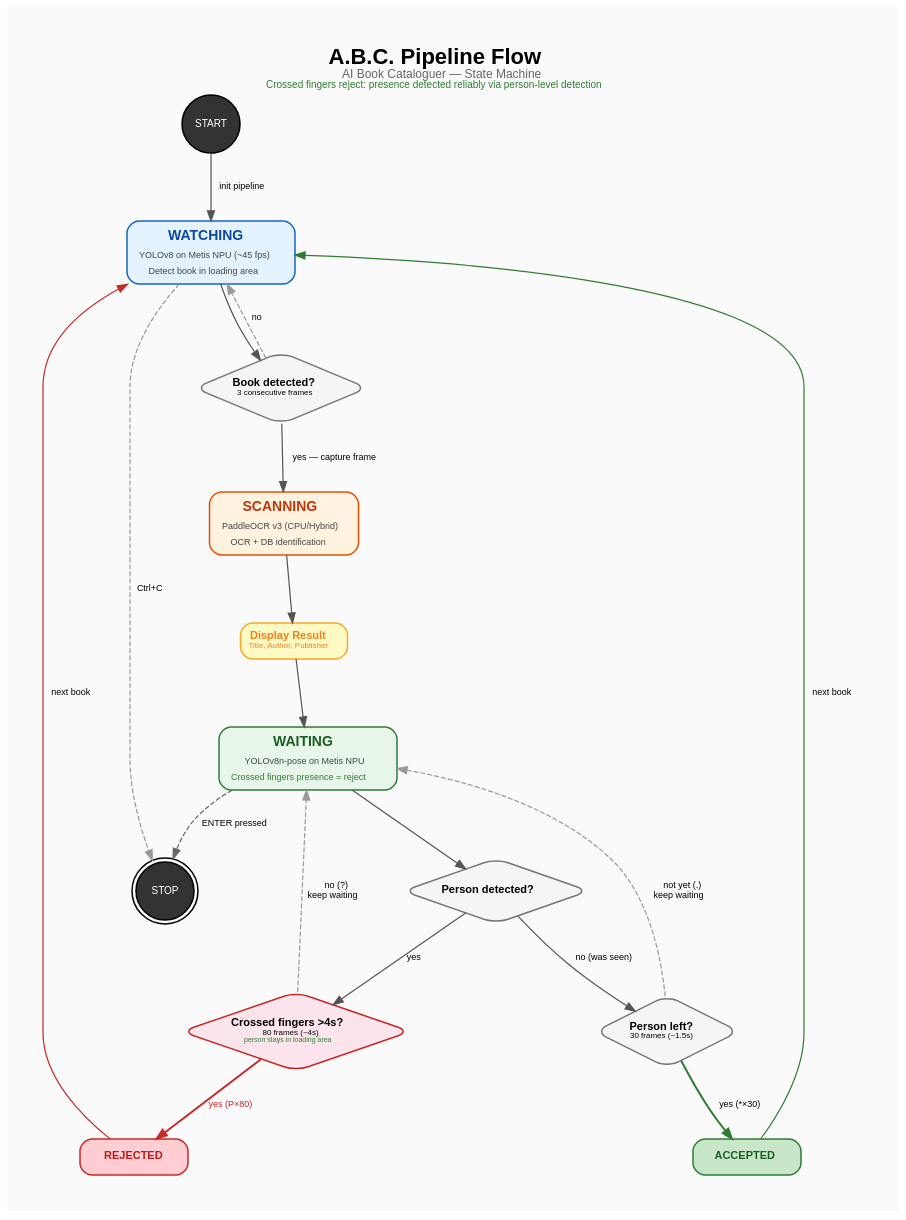
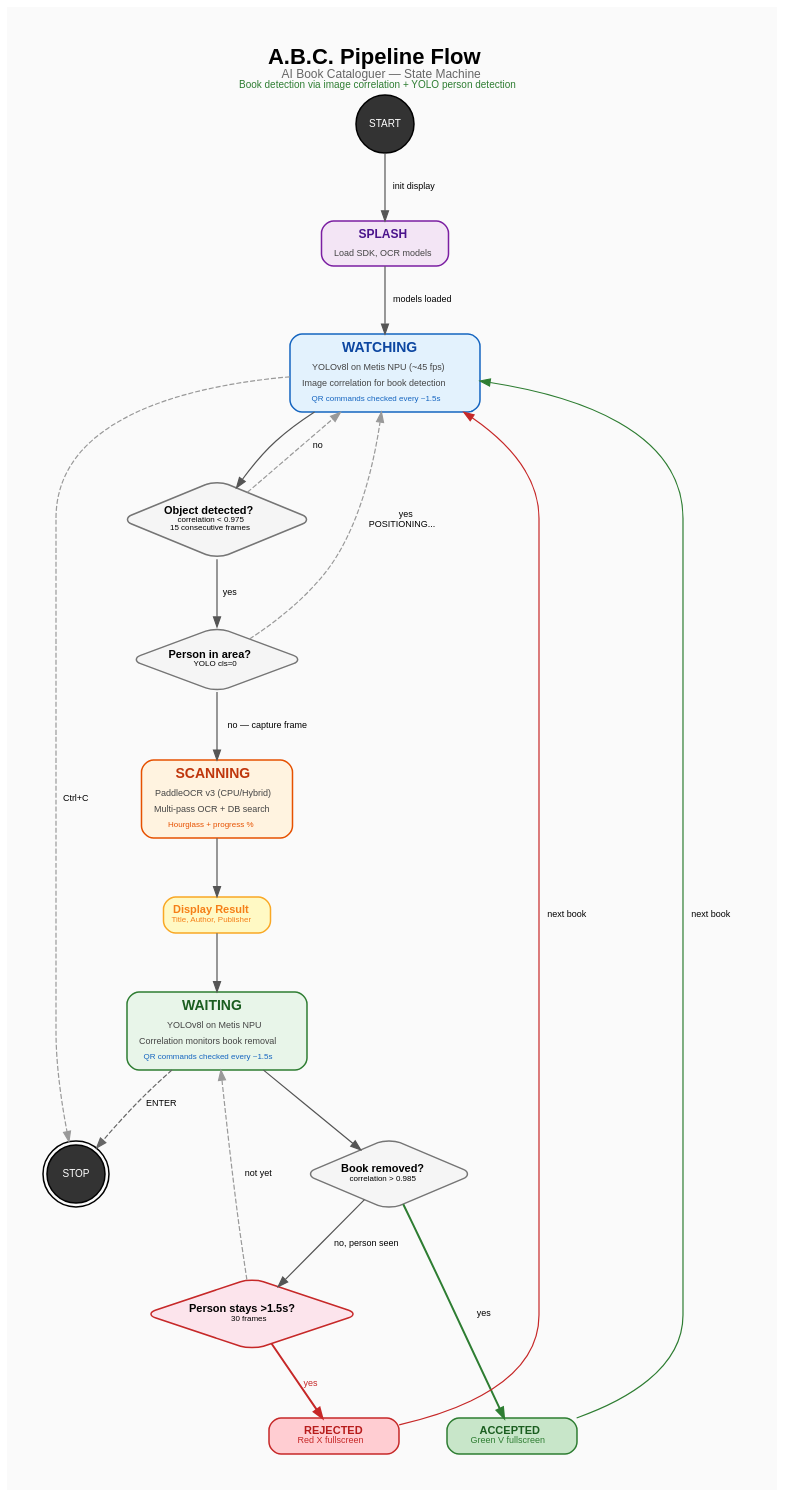
Before and after one commit to denovo-it/abc: the diagram in software/doc/flow/pipeline_flow.dot, drawn with Graphviz. The commit also changed 2 other files, not shown here.

Commit message:
Update pipeline flow docs to reflect current architecture
- Book detection via image correlation (not YOLO cls=73)
- Person check before scan trigger (POSITIONING state)
- QR commands in WATCHING and WAITING
- Splash startup sequence
- Accept/reject visual feedback (green V / red X)
- Correlation-based book removal detection

```diff
--- a/software/doc/flow/pipeline_flow.dot
+++ b/software/doc/flow/pipeline_flow.dot
@@ -1,139 +1,144 @@
 digraph ABCPipeline {
     // Graph settings
     rankdir=TB;
     bgcolor="#FAFAFA";
     fontname="Helvetica";
-    label=<<B><FONT POINT-SIZE="22">A.B.C. Pipeline Flow</FONT></B><BR/><FONT POINT-SIZE="12" COLOR="#666666">AI Book Cataloguer — State Machine</FONT><BR/><FONT POINT-SIZE="10" COLOR="#2E7D32">Crossed fingers reject: presence detected reliably via person-level detection</FONT>>;
+    label=<<B><FONT POINT-SIZE="22">A.B.C. Pipeline Flow</FONT></B><BR/><FONT POINT-SIZE="12" COLOR="#666666">AI Book Cataloguer — State Machine</FONT><BR/><FONT POINT-SIZE="10" COLOR="#2E7D32">Book detection via image correlation + YOLO person detection</FONT>>;
     labelloc=t;
     labeljust=c;
     pad=0.5;
     nodesep=0.6;
     ranksep=0.8;
 
     // Default node style
     node [fontname="Helvetica", fontsize=11, style="filled,rounded", shape=box, penwidth=1.5];
     edge [fontname="Helvetica", fontsize=9, color="#555555", penwidth=1.2];
 
     // Start/End
     start [label="START", shape=circle, width=0.8, fixedsize=true,
            fillcolor="#333333", fontcolor="white", fontsize=10];
     stop  [label="STOP",  shape=doublecircle, width=0.8, fixedsize=true,
            fillcolor="#333333", fontcolor="white", fontsize=10];
 
+    // === SPLASH ===
+    splash [
+        label=<<TABLE BORDER="0" CELLBORDER="0" CELLSPACING="2">
+            <TR><TD><B><FONT POINT-SIZE="12">SPLASH</FONT></B></TD></TR>
+            <TR><TD><FONT POINT-SIZE="9" COLOR="#444444">Load SDK, OCR models</FONT></TD></TR>
+        </TABLE>>,
+        fillcolor="#F3E5F5", color="#7B1FA2", fontcolor="#4A148C"
+    ];
+
     // === STATE: WATCHING ===
     watching [
         label=<<TABLE BORDER="0" CELLBORDER="0" CELLSPACING="2">
             <TR><TD><B><FONT POINT-SIZE="14">WATCHING</FONT></B></TD></TR>
-            <TR><TD><FONT POINT-SIZE="9" COLOR="#444444">YOLOv8 on Metis NPU (~45 fps)</FONT></TD></TR>
-            <TR><TD><FONT POINT-SIZE="9" COLOR="#444444">Detect book in loading area</FONT></TD></TR>
+            <TR><TD><FONT POINT-SIZE="9" COLOR="#444444">YOLOv8l on Metis NPU (~45 fps)</FONT></TD></TR>
+            <TR><TD><FONT POINT-SIZE="9" COLOR="#444444">Image correlation for book detection</FONT></TD></TR>
+            <TR><TD><FONT POINT-SIZE="8" COLOR="#1565C0">QR commands checked every ~1.5s</FONT></TD></TR>
         </TABLE>>,
         fillcolor="#E3F2FD", color="#1565C0", fontcolor="#0D47A1"
     ];
 
     // === STATE: SCANNING ===
     scanning [
         label=<<TABLE BORDER="0" CELLBORDER="0" CELLSPACING="2">
             <TR><TD><B><FONT POINT-SIZE="14">SCANNING</FONT></B></TD></TR>
             <TR><TD><FONT POINT-SIZE="9" COLOR="#444444">PaddleOCR v3 (CPU/Hybrid)</FONT></TD></TR>
-            <TR><TD><FONT POINT-SIZE="9" COLOR="#444444">OCR + DB identification</FONT></TD></TR>
+            <TR><TD><FONT POINT-SIZE="9" COLOR="#444444">Multi-pass OCR + DB search</FONT></TD></TR>
+            <TR><TD><FONT POINT-SIZE="8" COLOR="#E65100">Hourglass + progress %</FONT></TD></TR>
         </TABLE>>,
         fillcolor="#FFF3E0", color="#E65100", fontcolor="#BF360C"
     ];
 
     // === STATE: WAITING ===
     waiting [
         label=<<TABLE BORDER="0" CELLBORDER="0" CELLSPACING="2">
             <TR><TD><B><FONT POINT-SIZE="14">WAITING</FONT></B></TD></TR>
-            <TR><TD><FONT POINT-SIZE="9" COLOR="#444444">YOLOv8n-pose on Metis NPU</FONT></TD></TR>
-            <TR><TD><FONT POINT-SIZE="9" COLOR="#2E7D32">Crossed fingers presence = reject</FONT></TD></TR>
+            <TR><TD><FONT POINT-SIZE="9" COLOR="#444444">YOLOv8l on Metis NPU</FONT></TD></TR>
+            <TR><TD><FONT POINT-SIZE="9" COLOR="#444444">Correlation monitors book removal</FONT></TD></TR>
+            <TR><TD><FONT POINT-SIZE="8" COLOR="#1565C0">QR commands checked every ~1.5s</FONT></TD></TR>
         </TABLE>>,
         fillcolor="#E8F5E9", color="#2E7D32", fontcolor="#1B5E20"
     ];
 
     // Decision nodes
     book_detected [
-        label=<<B>Book detected?</B><BR/><FONT POINT-SIZE="8">3 consecutive frames</FONT>>,
+        label=<<B>Object detected?</B><BR/><FONT POINT-SIZE="8">correlation &lt; 0.975</FONT><BR/><FONT POINT-SIZE="8">15 consecutive frames</FONT>>,
         shape=diamond, fillcolor="#F5F5F5", color="#757575",
-        height=1.0, width=2.2
+        height=1.1, width=2.4
+    ];
+
+    person_check [
+        label=<<B>Person in area?</B><BR/><FONT POINT-SIZE="8">YOLO cls=0</FONT>>,
+        shape=diamond, fillcolor="#F5F5F5", color="#757575",
+        height=0.9, width=2.0
     ];
 
     display_result [
         label=<<B>Display Result</B><BR/><FONT POINT-SIZE="8">Title, Author, Publisher</FONT>>,
         fillcolor="#FFF9C4", color="#F9A825", fontcolor="#F57F17",
         shape=box
     ];
 
-    person_check [
-        label=<<B>Person detected?</B>>,
-        shape=diamond, fillcolor="#F5F5F5", color="#757575",
-        height=0.9, width=2.0
-    ];
-
-    gesture_check [
-        label=<<B>Crossed fingers &gt;4s?</B><BR/><FONT POINT-SIZE="8">80 frames (~4s)</FONT><BR/><FONT POINT-SIZE="7" COLOR="#2E7D32">person stays in loading area</FONT>>,
-        shape=diamond, fillcolor="#FCE4EC", color="#C62828",
-        height=1.1, width=2.4
-    ];
-
-    person_left [
-        label=<<B>Person left?</B><BR/><FONT POINT-SIZE="8">30 frames (~1.5s)</FONT>>,
+    removal_check [
+        label=<<B>Book removed?</B><BR/><FONT POINT-SIZE="8">correlation &gt; 0.985</FONT>>,
         shape=diamond, fillcolor="#F5F5F5", color="#757575",
         height=1.0, width=2.0
     ];
 
+    reject_check [
+        label=<<B>Person stays &gt;1.5s?</B><BR/><FONT POINT-SIZE="8">30 frames</FONT>>,
+        shape=diamond, fillcolor="#FCE4EC", color="#C62828",
+        height=1.0, width=2.2
+    ];
+
     // Result nodes
     accepted [
-        label=<<B>ACCEPTED</B>>,
+        label=<<B>ACCEPTED</B><BR/><FONT POINT-SIZE="9" COLOR="#2E7D32">Green V fullscreen</FONT>>,
         fillcolor="#C8E6C9", color="#2E7D32", fontcolor="#1B5E20",
-        shape=box, width=1.5
+        shape=box, width=1.8
     ];
 
     rejected [
-        label=<<B>REJECTED</B>>,
+        label=<<B>REJECTED</B><BR/><FONT POINT-SIZE="9" COLOR="#C62828">Red X fullscreen</FONT>>,
         fillcolor="#FFCDD2", color="#C62828", fontcolor="#B71C1C",
-        shape=box, width=1.5
+        shape=box, width=1.8
     ];
 
     // === EDGES ===
 
-    // Start -> Watching
-    start -> watching [label="  init pipeline"];
+    start -> splash [label="  init display"];
+    splash -> watching [label="  models loaded"];
 
     // Watching loop
     watching -> book_detected;
+    book_detected -> person_check [label="  yes  "];
     book_detected -> watching [label="  no  ", style=dashed, color="#999999"];
-    book_detected -> scanning [label="  yes — capture frame  "];
+
+    person_check -> watching [label="  yes\nPOSITIONING...  ", style=dashed, color="#999999"];
+    person_check -> scanning [label="  no — capture frame  "];
 
     // Scanning -> Display -> Waiting
     scanning -> display_result;
     display_result -> waiting;
 
     // Waiting logic
-    waiting -> person_check;
-
-    // Person detected -> gesture check
-    person_check -> gesture_check [label="  yes  "];
-    person_check -> person_left [label="  no (was seen)  "];
-
-    // Gesture outcomes
-    gesture_check -> rejected [label=<<FONT COLOR="#C62828">  yes (P×80)  </FONT>>,
-                               color="#C62828", penwidth=2.0];
-    gesture_check -> waiting [label="  no (?)\nkeep waiting  ", style=dashed, color="#999999"];
-
-    // Person left check
-    person_left -> accepted [label="  yes (*×30)  ", color="#2E7D32", penwidth=2.0];
-    person_left -> waiting [label="  not yet (.)\nkeep waiting  ", style=dashed, color="#999999"];
+    waiting -> removal_check;
+    removal_check -> accepted [label="  yes  ", color="#2E7D32", penwidth=2.0];
+    removal_check -> reject_check [label="  no, person seen  "];
+    reject_check -> rejected [label=<<FONT COLOR="#C62828">  yes  </FONT>>,
+                              color="#C62828", penwidth=2.0];
+    reject_check -> waiting [label="  not yet  ", style=dashed, color="#999999"];
 
     // Loop back
     accepted -> watching [label="  next book  ", color="#2E7D32", style=bold];
     rejected -> watching [label="  next book  ", color="#C62828", style=bold];
 
-    // ENTER -> quit
-    waiting -> stop [label="  ENTER pressed  ", style=dashed, color="#666666"];
-
-    // Ctrl+C
+    // Quit
+    waiting -> stop [label="  ENTER  ", style=dashed, color="#666666"];
     watching -> stop [label="  Ctrl+C  ", style=dashed, color="#999999"];
 
     // Rank hints
     {rank=same; accepted; rejected;}
 }
```
